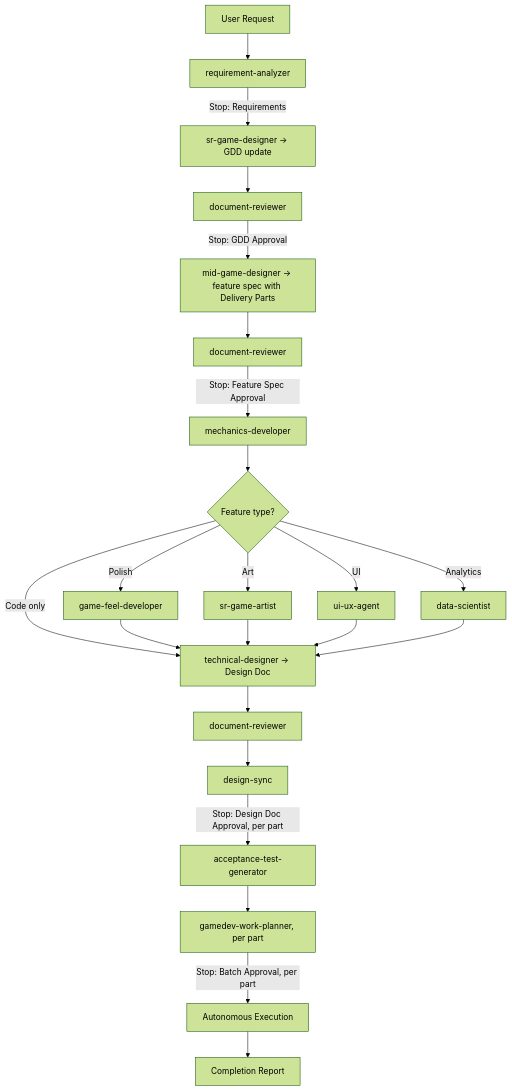
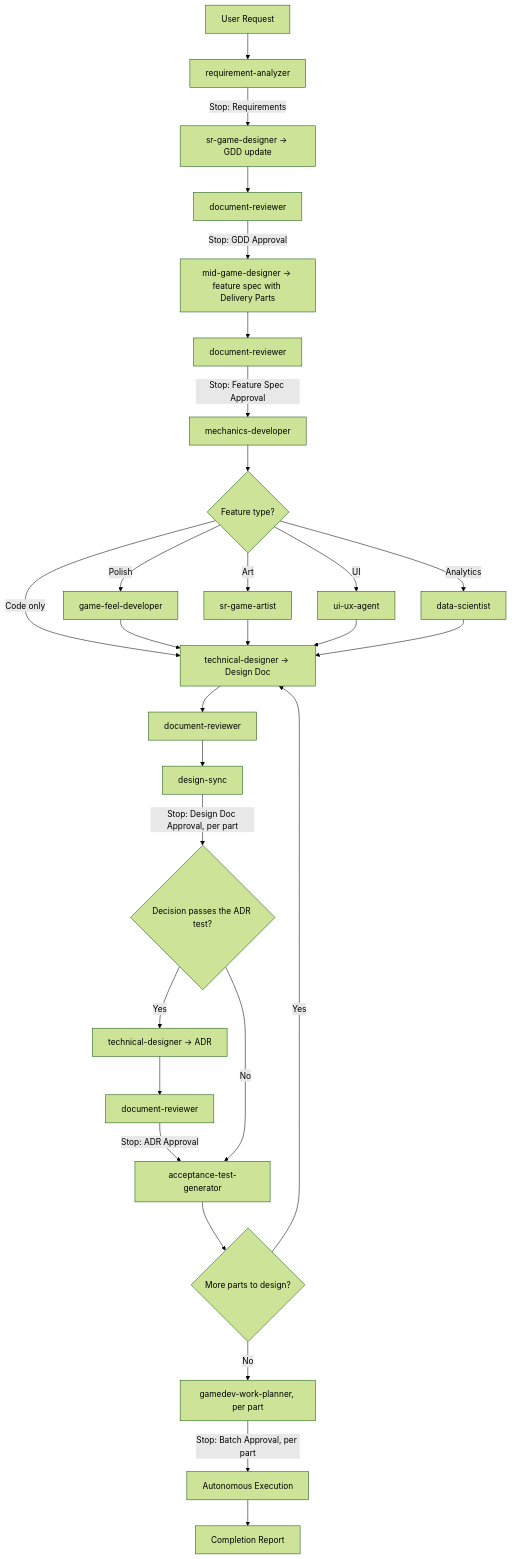
One commit to tundraray/overture changed the fourth of 10 diagrams in docs/overture/gamedev-workflows.md. Above: the diagram before and after it, drawn with Mermaid (forest theme). The commit also changed other lines of this file and 8 other files, not shown here.

````diff
--- a/docs/overture/gamedev-workflows.md
+++ b/docs/overture/gamedev-workflows.md
@@ -137,25 +137,31 @@
 ```mermaid
 graph TB
     A[User Request] --> B[requirement-analyzer]
     B --> |"Stop: Requirements"| SGD[sr-game-designer → GDD update]
     SGD --> DR1[document-reviewer]
     DR1 --> |"Stop: GDD Approval"| MGD[mid-game-designer → feature spec with Delivery Parts]
     MGD --> DRF[document-reviewer]
     DRF --> |"Stop: Feature Spec Approval"| MD[mechanics-developer]
     MD --> COND{Feature type?}
     COND --> |Polish| GFD[game-feel-developer]
     COND --> |Art| ART[sr-game-artist]
     COND --> |UI| UI[ui-ux-agent]
     COND --> |Analytics| DS[data-scientist]
     COND --> |Code only| TD
     GFD --> TD[technical-designer → Design Doc]
     ART --> TD
     UI --> TD
     DS --> TD
     TD --> DR2[document-reviewer]
     DR2 --> SYNC[design-sync]
-    SYNC --> |"Stop: Design Doc Approval, per part"| ATG[acceptance-test-generator]
-    ATG --> WP[gamedev-work-planner, per part]
+    SYNC --> |"Stop: Design Doc Approval, per part"| ADR{Decision passes the ADR test?}
+    ADR --> |Yes| TDA[technical-designer → ADR]
+    TDA --> DRA[document-reviewer]
+    DRA --> |"Stop: ADR Approval"| ATG[acceptance-test-generator]
+    ADR --> |No| ATG
+    ATG --> MORE{More parts to design?}
+    MORE --> |Yes| TD
+    MORE --> |No| WP[gamedev-work-planner, per part]
     WP --> |"Stop: Batch Approval, per part"| AUTO[Autonomous Execution]
     AUTO --> DONE[Completion Report]
 ```
````
